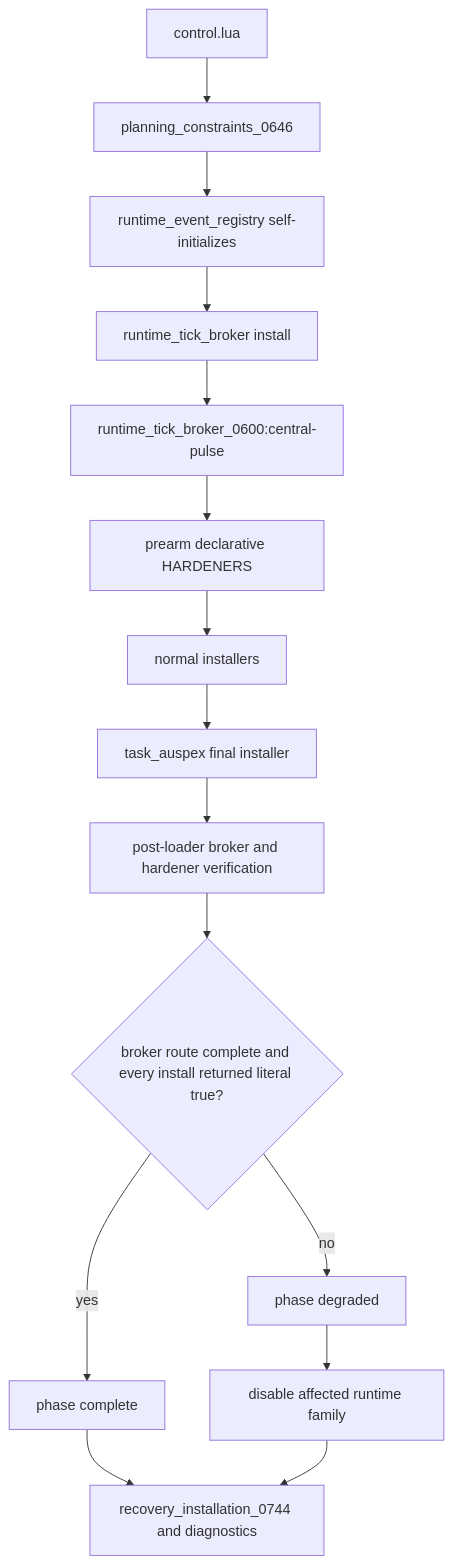
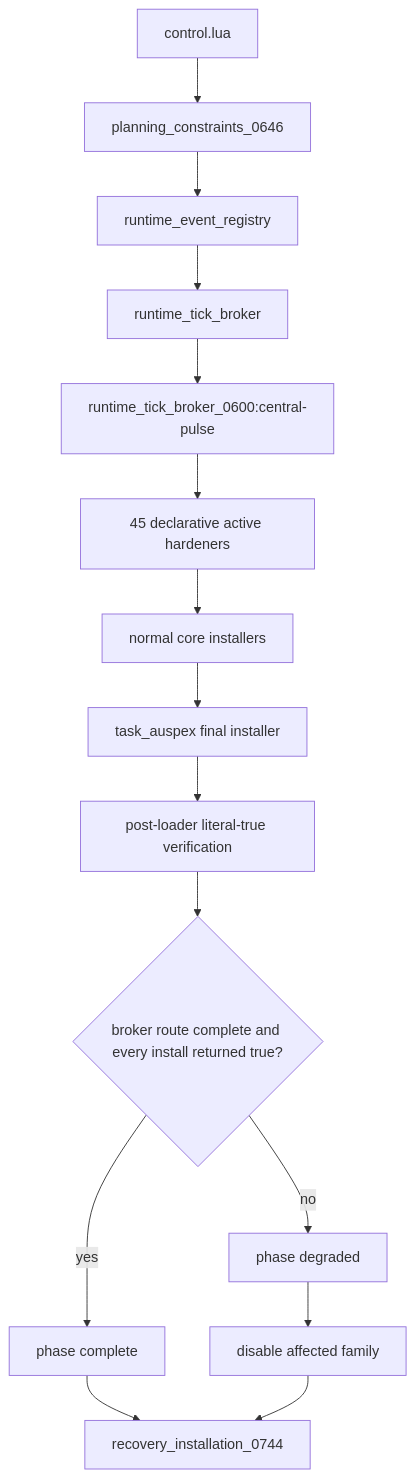
Before and after one commit to mrcalzon02/Tech-Priests: the second of 11 diagrams in docs/RECOVERY_AUTHORITY_MAP_CURRENT.md, drawn with Mermaid. The commit also changed other lines of this file, not shown here.

````diff
--- a/docs/RECOVERY_AUTHORITY_MAP_CURRENT.md
+++ b/docs/RECOVERY_AUTHORITY_MAP_CURRENT.md
@@ -27,21 +27,21 @@
 ```mermaid
 flowchart TD
     Control[control.lua]
     Planning[planning_constraints_0646]
-    Registry[runtime_event_registry self-initializes]
-    Broker[runtime_tick_broker install]
+    Registry[runtime_event_registry]
+    Broker[runtime_tick_broker]
     Route[runtime_tick_broker_0600:central-pulse]
-    Prearm[prearm declarative HARDENERS]
-    Core[normal installers]
+    Active[45 declarative active hardeners]
+    Core[normal core installers]
     Final[task_auspex final installer]
-    Verify[post-loader broker and hardener verification]
-    Complete{broker route complete and every install returned literal true?}
+    Verify[post-loader literal-true verification]
+    Complete{broker route complete and every install returned true?}
     Ready[phase complete]
     Degraded[phase degraded]
-    Quarantine[disable affected runtime family]
-    Ledger[recovery_installation_0744 and diagnostics]
+    Disable[disable affected family]
+    Ledger[recovery_installation_0744]
 
-    Control --> Planning --> Registry --> Broker --> Route --> Prearm --> Core --> Final --> Verify --> Complete
+    Control --> Planning --> Registry --> Broker --> Route --> Active --> Core --> Final --> Verify --> Complete
     Complete -- yes --> Ready --> Ledger
-    Complete -- no --> Degraded --> Quarantine --> Ledger
+    Complete -- no --> Degraded --> Disable --> Ledger
 ```
````
